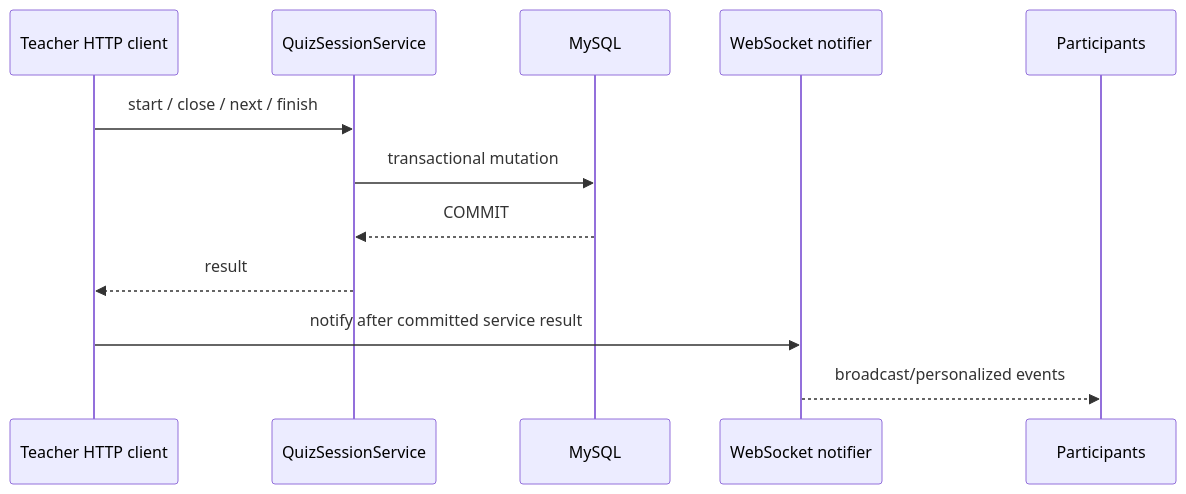
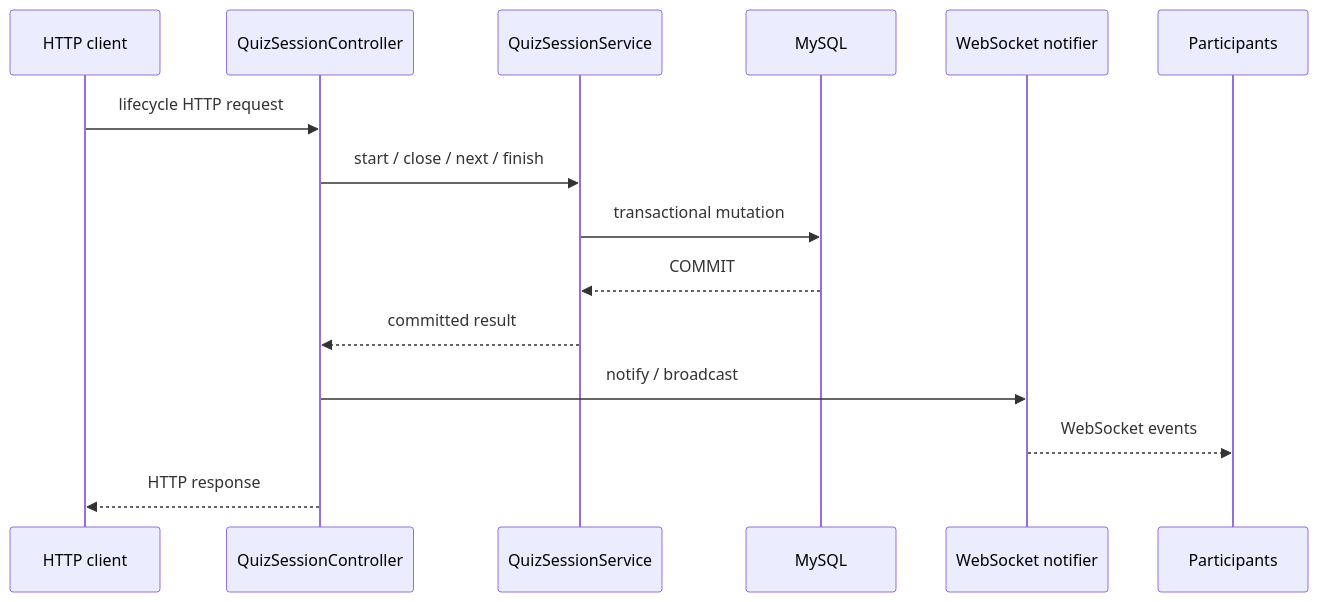
The third of 3 diagrams in docs/03-system-architecture.md (majapredojevic/codeland-quiz), drawn with Mermaid before and after one commit. The commit also changed 2 other files, not shown here.

Commit message:
Update backend documentation

````diff
--- a/docs/03-system-architecture.md
+++ b/docs/03-system-architecture.md
@@ -38,14 +38,17 @@
 ```mermaid
 sequenceDiagram
-    participant T as Teacher HTTP client
+    participant C as HTTP client
+    participant HC as QuizSessionController
     participant S as QuizSessionService
     participant DB as MySQL
     participant N as WebSocket notifier
     participant P as Participants
-    T->>S: start / close / next / finish
+    C->>HC: lifecycle HTTP request
+    HC->>S: start / close / next / finish
     S->>DB: transactional mutation
     DB-->>S: COMMIT
-    S-->>T: result
-    T->>N: notify after committed service result
-    N-->>P: broadcast/personalized events
+    S-->>HC: committed result
+    HC->>N: notify / broadcast
+    N-->>P: WebSocket events
+    HC-->>C: HTTP response
 ```
````
